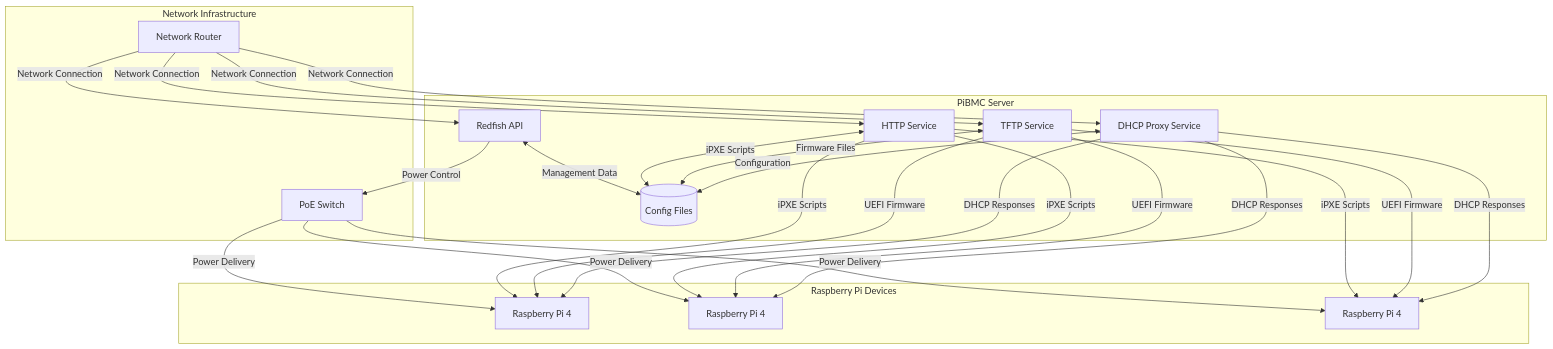
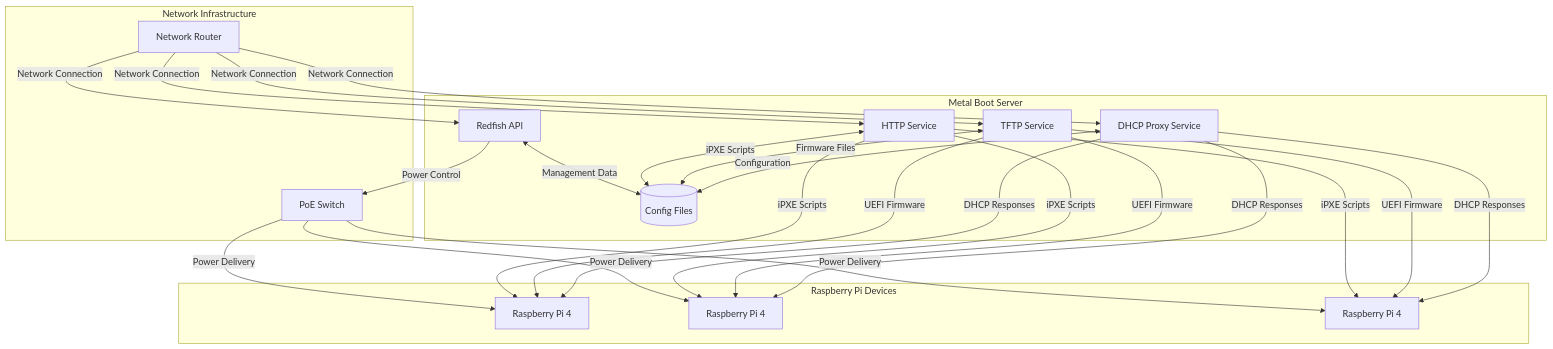
The second of 4 diagrams in README.md (metal3-community/metal-boot), drawn with Mermaid before and after one commit. The commit also changed other lines of this file and 9 other files, not shown here.

````diff
--- a/README.md
+++ b/README.md
@@ -121,48 +121,48 @@
 ```mermaid
 flowchart TD
-    subgraph "PiBMC Server"
+    subgraph "Metal Boot Server"
         DHCP[DHCP Proxy Service]
         TFTP[TFTP Service]
         HTTP[HTTP Service]
         Redfish[Redfish API]
         DB[(Config Files)]
     end
     
     subgraph "Network Infrastructure"
         PoE[PoE Switch]
         Router[Network Router]
     end
     
     subgraph "Raspberry Pi Devices"
         Pi1[Raspberry Pi 4]
         Pi2[Raspberry Pi 4]
         Pi3[Raspberry Pi 4]
     end
     
     Router -->|Network Connection| DHCP
     Router -->|Network Connection| TFTP
     Router -->|Network Connection| HTTP
     Router -->|Network Connection| Redfish
     
     DHCP <-->|Configuration| DB
     TFTP <-->|Firmware Files| DB
     HTTP <-->|iPXE Scripts| DB
     Redfish <-->|Management Data| DB
     
     DHCP -->|DHCP Responses| Pi1
     DHCP -->|DHCP Responses| Pi2
     DHCP -->|DHCP Responses| Pi3
     
     TFTP -->|UEFI Firmware| Pi1
     TFTP -->|UEFI Firmware| Pi2
     TFTP -->|UEFI Firmware| Pi3
     
     HTTP -->|iPXE Scripts| Pi1
     HTTP -->|iPXE Scripts| Pi2
     HTTP -->|iPXE Scripts| Pi3
     
     Redfish -->|Power Control| PoE
     PoE -->|Power Delivery| Pi1
     PoE -->|Power Delivery| Pi2
     PoE -->|Power Delivery| Pi3
 ```
````
